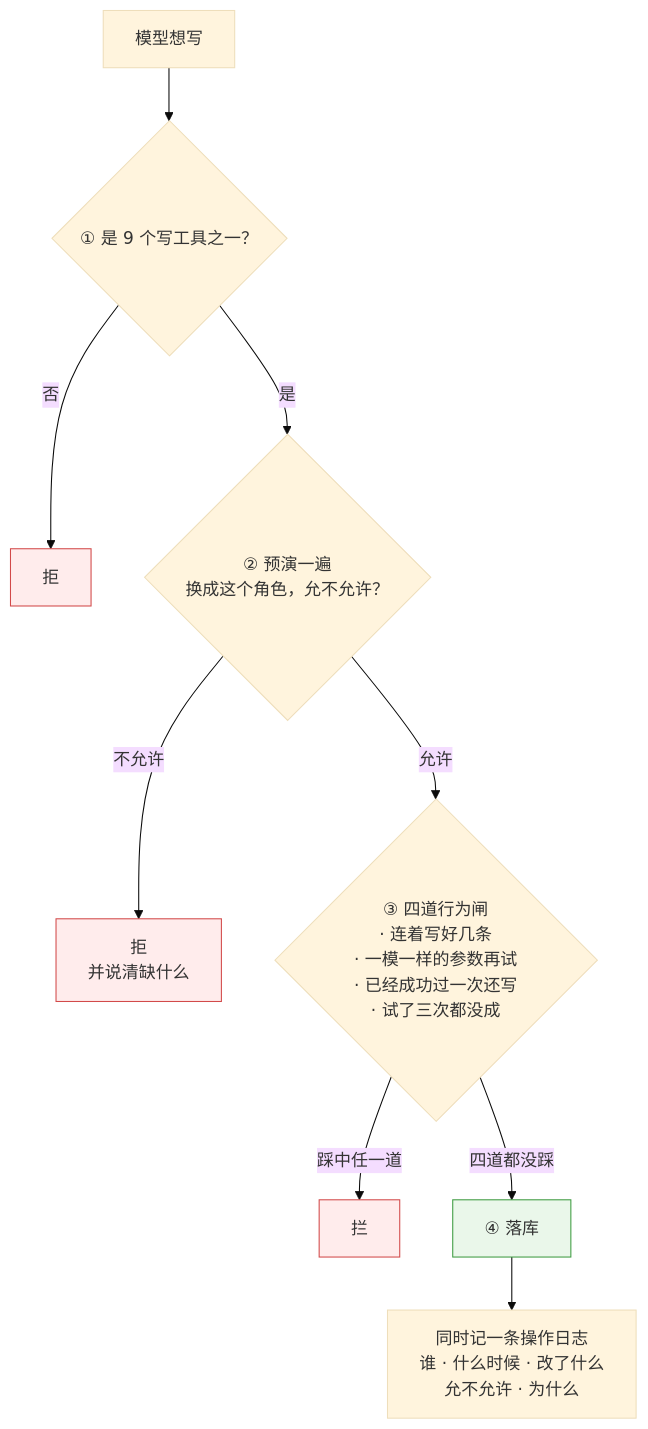
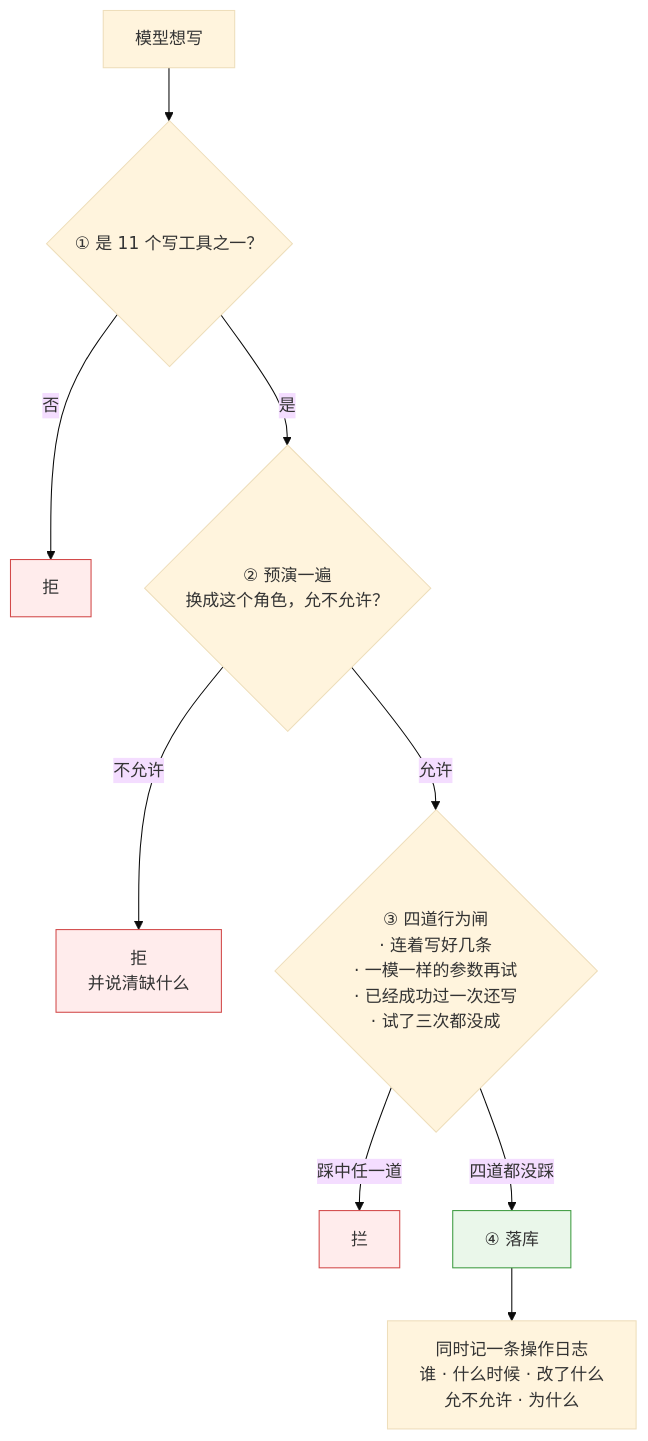
Before and after one commit to 843773296-rgb/lanxiu-yunshang-agent: the second of 3 diagrams in 澜绣云裳agent-产品说明.md, drawn with Mermaid (base theme). The commit also changed other lines of this file and 27 other files, not shown here.

````diff
--- a/澜绣云裳agent-产品说明.md
+++ b/澜绣云裳agent-产品说明.md
@@ -269,16 +269,16 @@
 ```mermaid
 flowchart TD
-    A["模型想写"] --> B{"① 是 9 个写工具之一？"}
+    A["模型想写"] --> B{"① 是 11 个写工具之一？"}
     B -- 否 --> X1["拒"]
     B -- 是 --> C{"② 预演一遍<br/>换成这个角色，允不允许？"}
     C -- 不允许 --> X2["拒<br/>并说清缺什么"]
     C -- 允许 --> D{"③ 四道行为闸<br/>· 连着写好几条<br/>· 一模一样的参数再试<br/>· 已经成功过一次还写<br/>· 试了三次都没成"}
     D -- "踩中任一道" --> X3["拦"]
     D -- "四道都没踩" --> E["④ 落库"]
     E --> F["同时记一条操作日志<br/>谁 · 什么时候 · 改了什么<br/>允不允许 · 为什么"]
 
     style X1 fill:#ffecec,stroke:#d24a4a
     style X2 fill:#ffecec,stroke:#d24a4a
     style X3 fill:#ffecec,stroke:#d24a4a
     style E fill:#eaf7ea,stroke:#3f9c42
 ```
````
